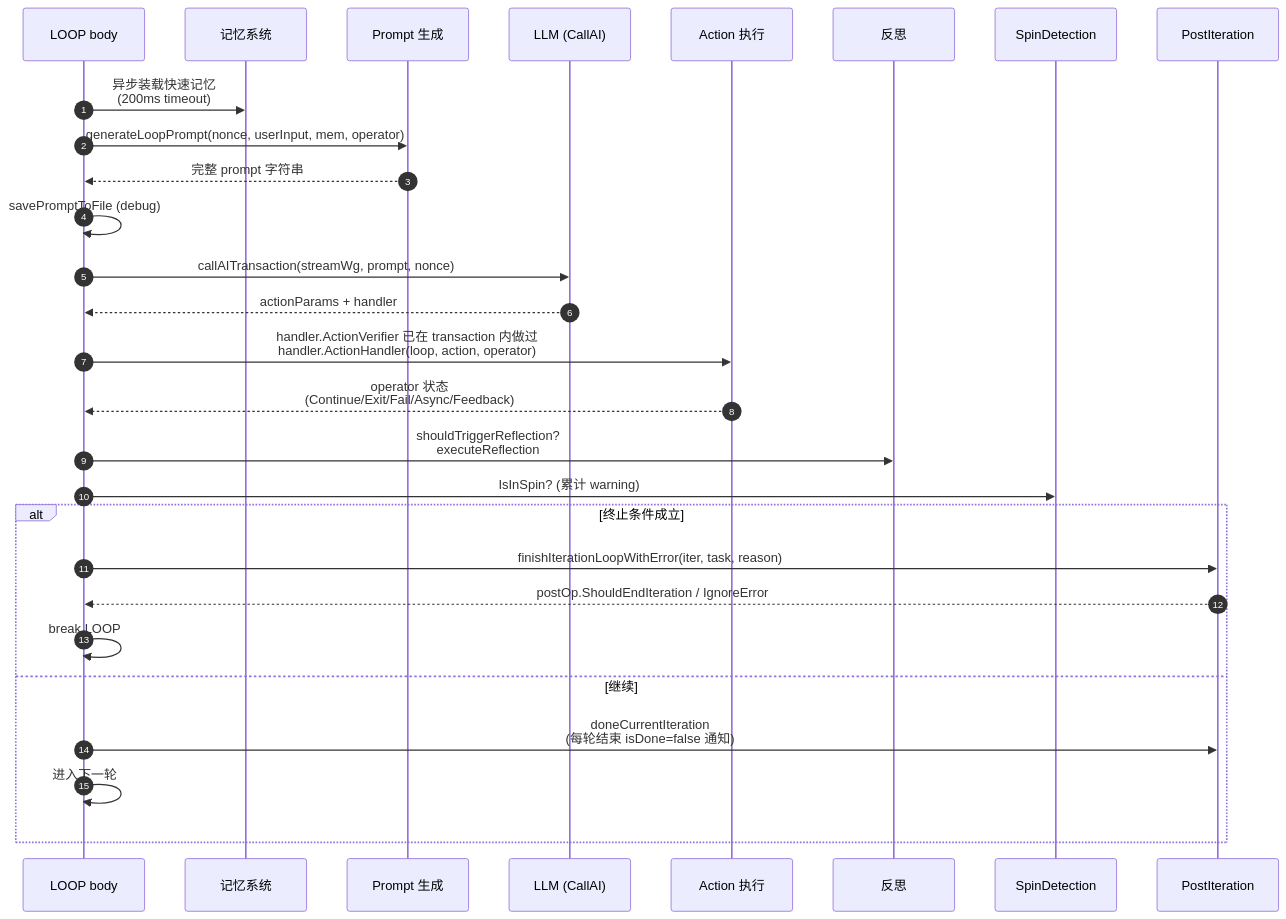
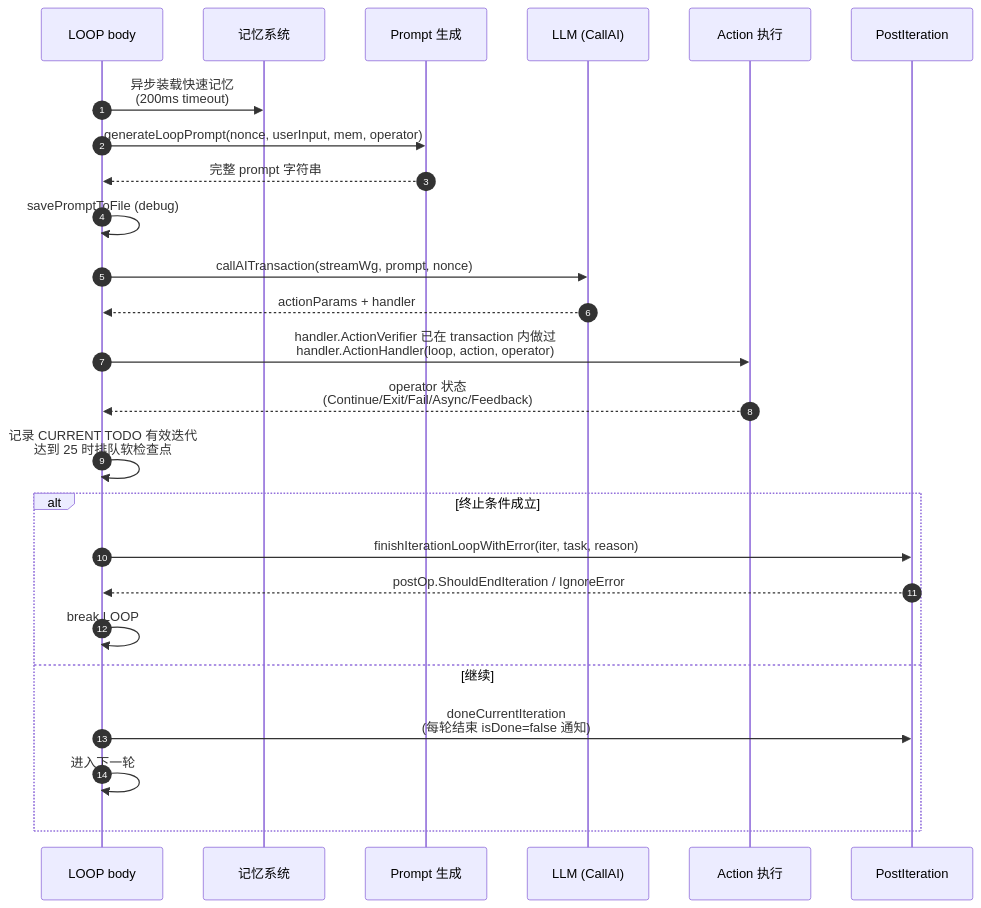
Before and after one commit to yaklang/yaklang: the second of 4 diagrams in common/ai/aid/aireact/reactloops/docs/01-architecture.md, drawn with Mermaid. The commit also changed other lines of this file and 144 other files, not shown here.

Commit message:
feat(aireact): replace legacy reflection with TODO checkpoints

````diff
--- a/common/ai/aid/aireact/reactloops/docs/01-architecture.md
+++ b/common/ai/aid/aireact/reactloops/docs/01-architecture.md
@@ -171,31 +167,28 @@
 ```mermaid
 sequenceDiagram
     autonumber
     participant Main as LOOP body
     participant Mem as 记忆系统
     participant Prompt as Prompt 生成
     participant LLM as LLM (CallAI)
     participant Action as Action 执行
-    participant Reflect as 反思
-    participant Spin as SpinDetection
     participant Hook as PostIteration
 
     Main->>Mem: 异步装载快速记忆<br/>(200ms timeout)
     Main->>Prompt: generateLoopPrompt(nonce, userInput, mem, operator)
     Prompt-->>Main: 完整 prompt 字符串
     Main->>Main: savePromptToFile (debug)
     Main->>LLM: callAITransaction(streamWg, prompt, nonce)
     LLM-->>Main: actionParams + handler
     Main->>Action: handler.ActionVerifier 已在 transaction 内做过<br/>handler.ActionHandler(loop, action, operator)
     Action-->>Main: operator 状态<br/>(Continue/Exit/Fail/Async/Feedback)
-    Main->>Reflect: shouldTriggerReflection?<br/>executeReflection
-    Main->>Spin: IsInSpin? (累计 warning)
+    Main->>Main: 记录 CURRENT TODO 有效迭代<br/>达到 25 时排队软检查点
     alt 终止条件成立
         Main->>Hook: finishIterationLoopWithError(iter, task, reason)
         Hook-->>Main: postOp.ShouldEndIteration / IgnoreError
         Main->>Main: break LOOP
     else 继续
         Main->>Hook: doneCurrentIteration<br/>(每轮结束 isDone=false 通知)
         Main->>Main: 进入下一轮
     end
 ```
````
